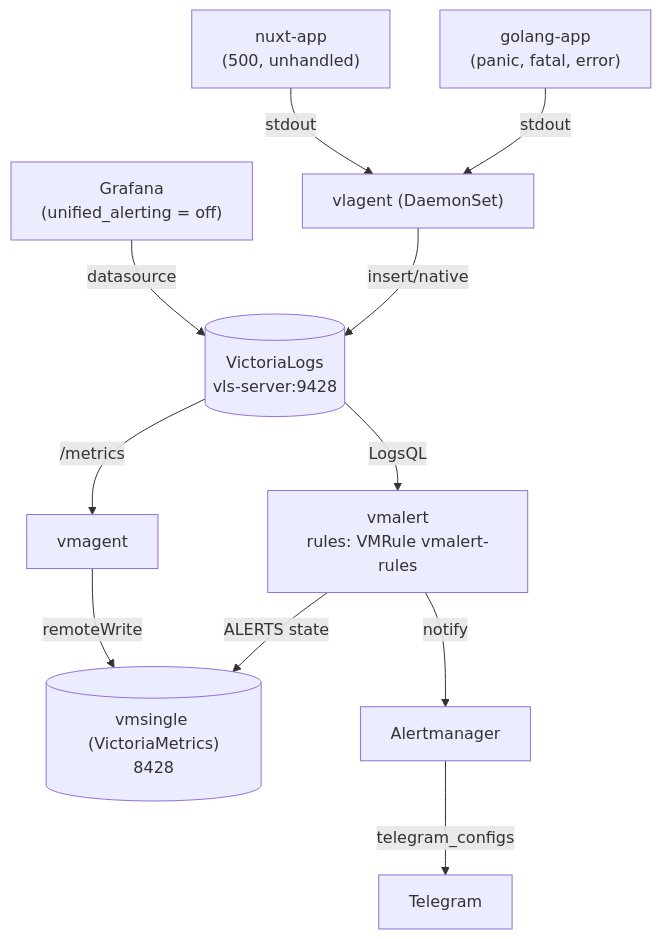
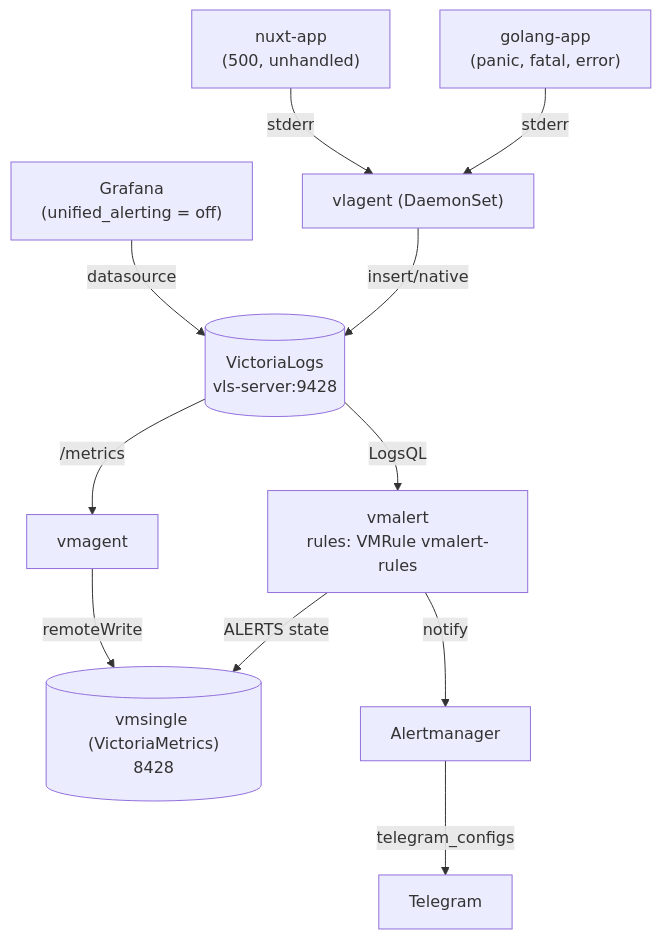
Before and after one commit to patsevanton/victorialogs-alerting-by-error-panic: the diagram in README.md, drawn with Mermaid. The commit also changed other lines of this file, not shown here.

Commit message:
актуализация README: NUXT_UNHANDLED вместо 500-й и stderr в схеме

````diff
--- a/README.md
+++ b/README.md
@@ -20,16 +19,16 @@
 ```mermaid
 flowchart TD
-    Go["golang-app<br/>(panic, fatal, error)"] -->|stdout| Vlagent["vlagent (DaemonSet)"]
-    Nuxt["nuxt-app<br/>(500, unhandled)"] -->|stdout| Vlagent
+    Go["golang-app<br/>(panic, fatal, error)"] -->|stderr| Vlagent["vlagent (DaemonSet)"]
+    Nuxt["nuxt-app<br/>(500, unhandled)"] -->|stderr| Vlagent
     Vlagent -->|insert/native| VL[("VictoriaLogs<br/>vls-server:9428")]
 
     VL -->|LogsQL| VMA["vmalert<br/>rules: VMRule vmalert-rules"]
     VMA -->|ALERTS state| VMSingle[("vmsingle (VictoriaMetrics)<br/>8428")]
     VMA -->|notify| AM["Alertmanager"]
     AM -->|telegram_configs| TG["Telegram"]
 
     Grafana["Grafana<br/>(unified_alerting = off)"] -->|datasource| VL
 
     VL -->|/metrics| VMAgent["vmagent"]
     VMAgent -->|remoteWrite| VMSingle
 ```
````
